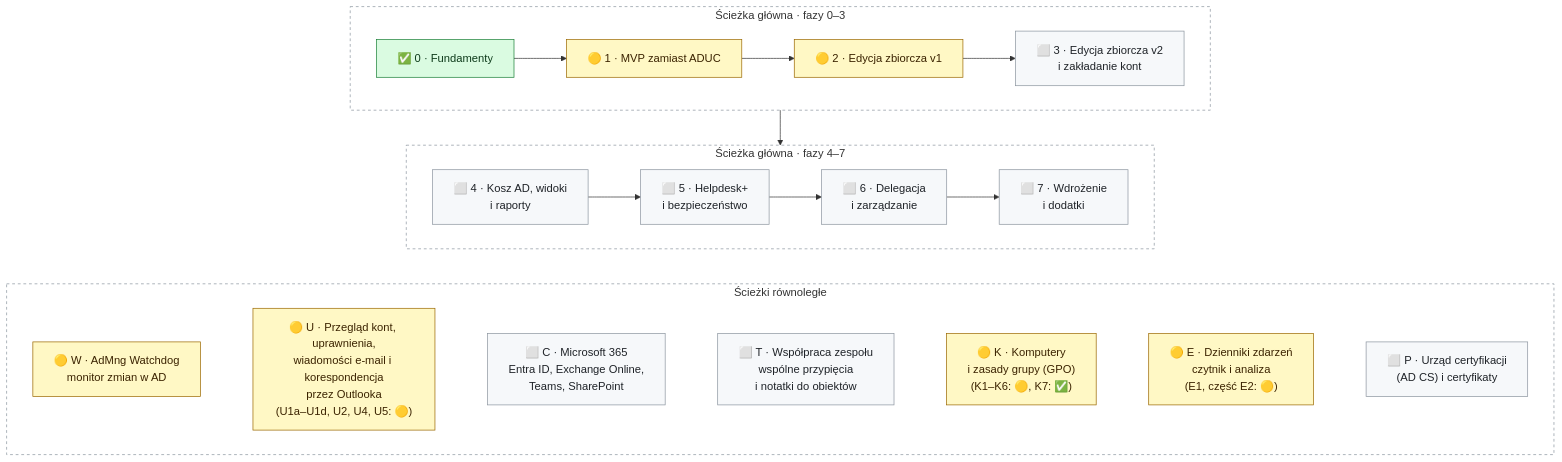
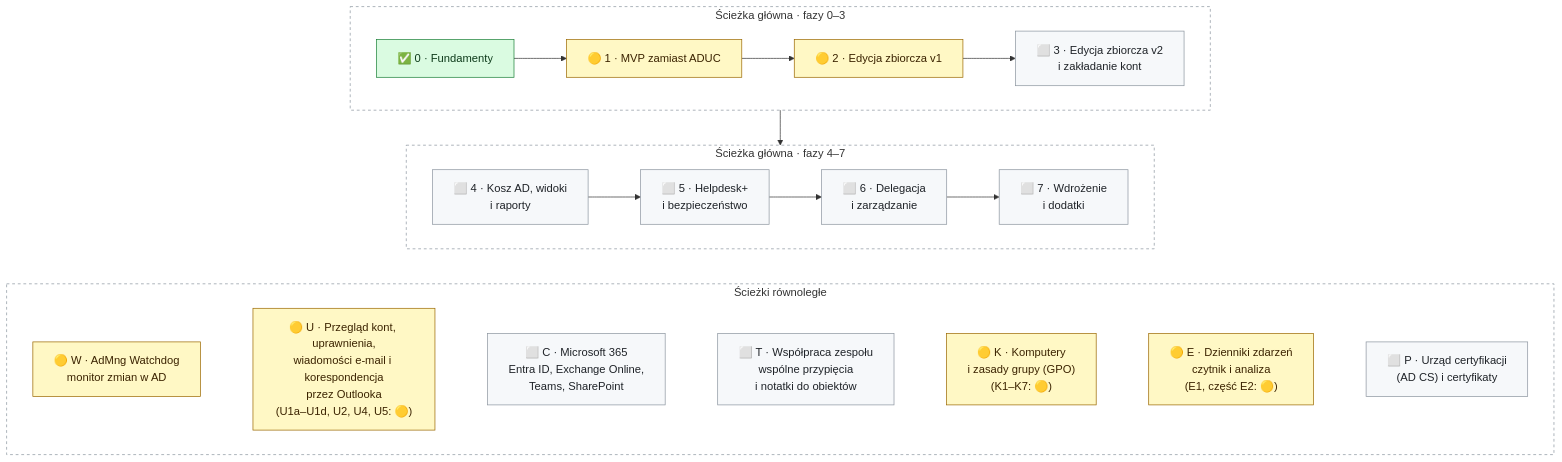
Before and after one commit to DarienRahl/AD_MNG: the diagram in README.md, drawn with Mermaid. The commit also changed other lines of this file and 1 other file, not shown here.

````diff
--- a/README.md
+++ b/README.md
@@ -187,26 +187,26 @@
 ```mermaid
 flowchart TB
     subgraph A["Ścieżka główna · fazy 0–3"]
         direction LR
         F0["✅ 0 · Fundamenty"] --> F1["🟡 1 · MVP zamiast ADUC"] --> F2["🟡 2 · Edycja zbiorcza v1"] --> F3["⬜ 3 · Edycja zbiorcza v2<br/>i zakładanie kont"]
     end
     subgraph B["Ścieżka główna · fazy 4–7"]
         direction LR
         F4["⬜ 4 · Kosz AD, widoki<br/>i raporty"] --> F5["⬜ 5 · Helpdesk+<br/>i bezpieczeństwo"] --> F6["⬜ 6 · Delegacja<br/>i zarządzanie"] --> F7["⬜ 7 · Wdrożenie<br/>i dodatki"]
     end
     subgraph C["Ścieżki równoległe"]
         direction LR
-        W["🟡 W · AdMng Watchdog<br/>monitor zmian w AD"] ~~~ U["🟡 U · Przegląd kont, uprawnienia,<br/>wiadomości e-mail i korespondencja<br/>przez Outlooka<br/>(U1a–U1d, U2, U4, U5: 🟡)"] ~~~ M365["⬜ C · Microsoft 365<br/>Entra ID, Exchange Online,<br/>Teams, SharePoint"] ~~~ TEAM["⬜ T · Współpraca zespołu<br/>wspólne przypięcia<br/>i notatki do obiektów"] ~~~ K["🟡 K · Komputery<br/>i zasady grupy (GPO)<br/>(K1–K6: 🟡, K7: ✅)"] ~~~ EVT["🟡 E · Dzienniki zdarzeń<br/>czytnik i analiza<br/>(E1, część E2: 🟡)"] ~~~ PKI["⬜ P · Urząd certyfikacji<br/>(AD CS) i certyfikaty"]
+        W["🟡 W · AdMng Watchdog<br/>monitor zmian w AD"] ~~~ U["🟡 U · Przegląd kont, uprawnienia,<br/>wiadomości e-mail i korespondencja<br/>przez Outlooka<br/>(U1a–U1d, U2, U4, U5: 🟡)"] ~~~ M365["⬜ C · Microsoft 365<br/>Entra ID, Exchange Online,<br/>Teams, SharePoint"] ~~~ TEAM["⬜ T · Współpraca zespołu<br/>wspólne przypięcia<br/>i notatki do obiektów"] ~~~ K["🟡 K · Komputery<br/>i zasady grupy (GPO)<br/>(K1–K7: 🟡)"] ~~~ EVT["🟡 E · Dzienniki zdarzeń<br/>czytnik i analiza<br/>(E1, część E2: 🟡)"] ~~~ PKI["⬜ P · Urząd certyfikacji<br/>(AD CS) i certyfikaty"]
     end
     A --> B
     B ~~~ C
     classDef done fill:#dafbe1,stroke:#1a7f37,color:#0d3a1a
     classDef wip fill:#fff8c5,stroke:#9a6700,color:#3b2300
     classDef todo fill:#f6f8fa,stroke:#8c959f,color:#1f2328
     class F0 done
     class F1,F2,W,U,K,EVT wip
     class F3,F4,F5,F6,F7,M365,TEAM,PKI todo
     style A fill:transparent,stroke:#8c959f,stroke-dasharray:4 4
     style B fill:transparent,stroke:#8c959f,stroke-dasharray:4 4
     style C fill:transparent,stroke:#8c959f,stroke-dasharray:4 4
 ```
````
